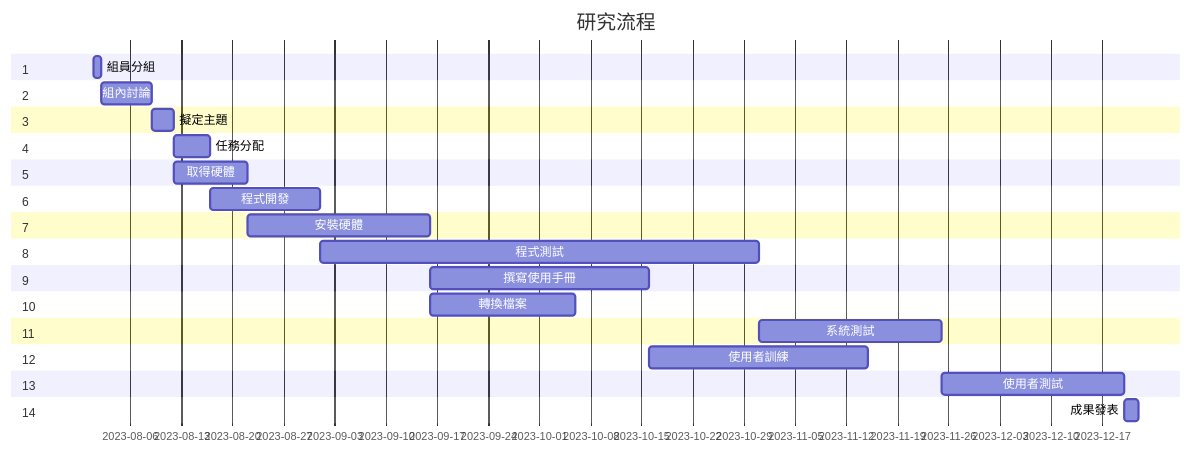
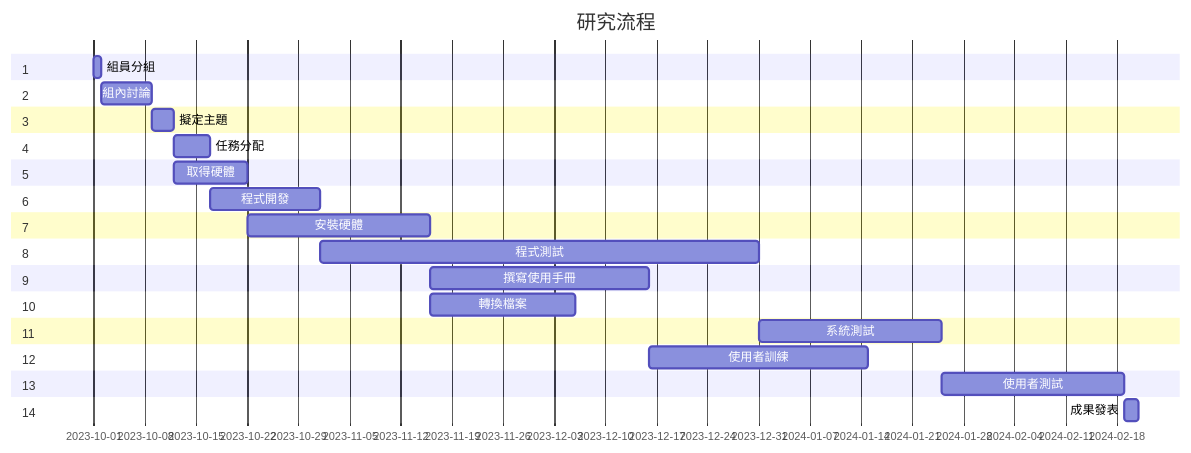
Before and after one commit to C110118151/Team09: the diagram in README.md, drawn with Mermaid. The commit also changed other lines of this file, not shown here.

Commit message:
Update README.md 100401

````diff
--- a/README.md
+++ b/README.md
@@ -5,32 +5,32 @@
 ```mermaid
 gantt
     title 研究流程
     section 1
-    組員分組     :a1, 2023-08-01, 1d
+    組員分組     :a1, 2023-10-01, 1d
     section 2
     組內討論     :a2, after a1  , 7d
     section 3
     擬定主題     :a3, after a2  , 3d
     section 4
     任務分配     :a4, after a3  , 5d
     section 5
     取得硬體     :a5, after a3   ,10d
     section 6
     程式開發     :a6, after a4   ,15d
     section 7
     安裝硬體     :a7, after a5 ,25d
     section 8
     程式測試     :a8, after a6 ,60d
     section 9
     撰寫使用手冊     :a9, after a7 ,30d
     section 10
     轉換檔案    :a10,after a7  , 20d
     section 11
     系統測試     :a11,after a8 , 25d
     section 12
     使用者訓練    :a12, after a9 , 30d
     section 13
     使用者測試    :a13, after a11 , 25d
     section 14
     成果發表     :a14, after a13 ,2d
 ```
````
